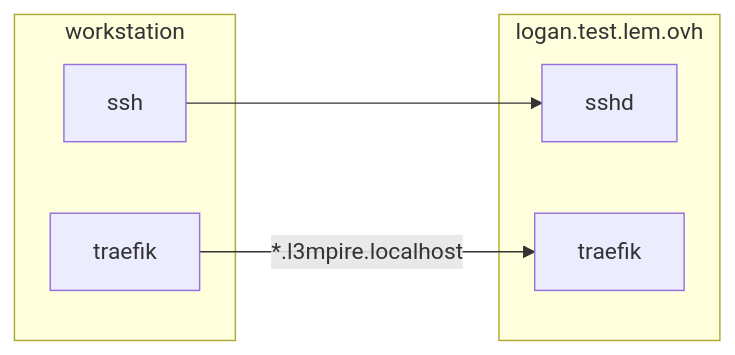
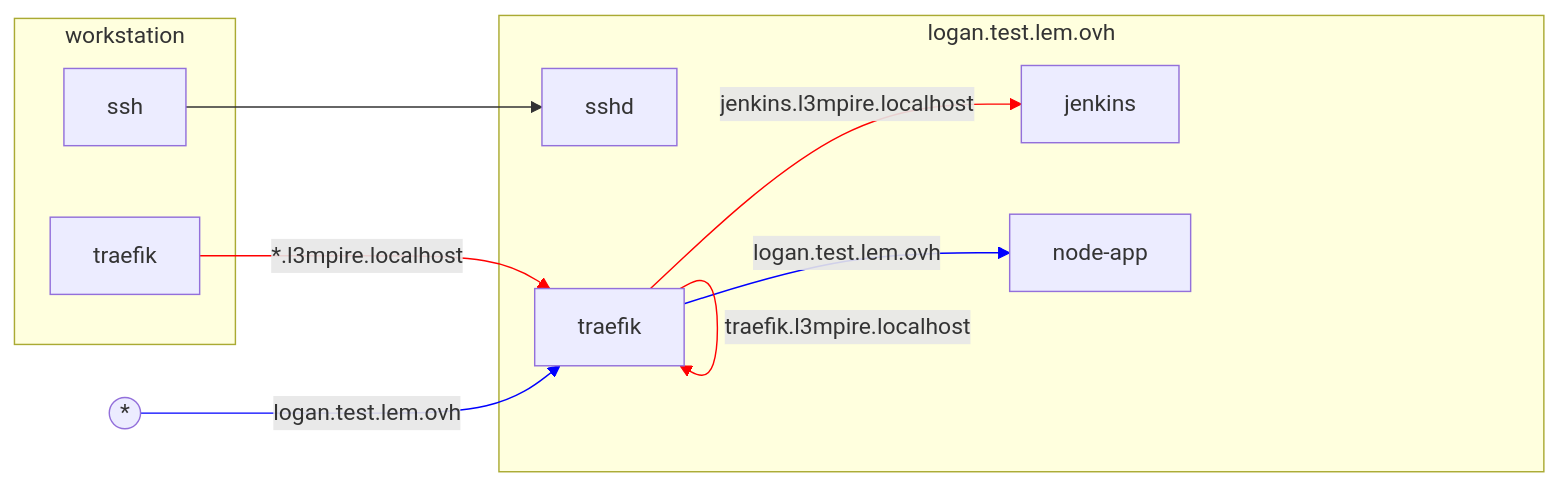
One commit to loganmzz/l3mpire-docker-test changed the diagram in README.md. Above: the diagram before and after it, drawn with Mermaid. The commit also changed other lines of this file and 8 other files, not shown here.

Commit message:
[apps/node-app] Update Jenkins pipeline: Build, Publish & Deploy

````diff
--- a/README.md
+++ b/README.md
@@ -40,15 +40,26 @@
 ```mermaid
 flowchart LR
+    any((*))
+
     subgraph workstation
         workstation.ssh["ssh"]
         workstation.traefik["traefik"]
     end
 
     subgraph server [logan.test.lem.ovh]
         server.sshd["sshd"]
         server.traefik["traefik"]
+        server.jenkins["jenkins"]
+        server.nodeapp["node-app"]
     end
 
     workstation.ssh --> server.sshd
+
     workstation.traefik -- "*.l3mpire.localhost" --> server.traefik
+    server.traefik -- "traefik.l3mpire.localhost" --> server.traefik
+    server.traefik -- "jenkins.l3mpire.localhost" --> server.jenkins
+    linkStyle 1,2,3 stroke:red;
+
+    any -- "logan.test.lem.ovh" --> server.traefik -- "logan.test.lem.ovh" --> server.nodeapp
+    linkStyle 4,5 stroke:blue;
 ```
````
